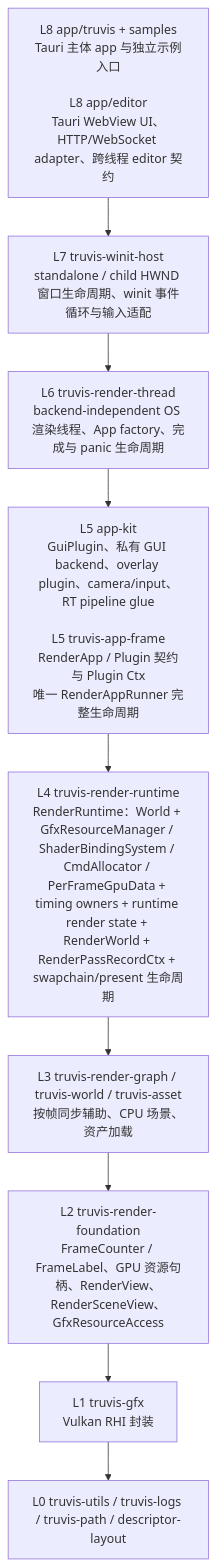
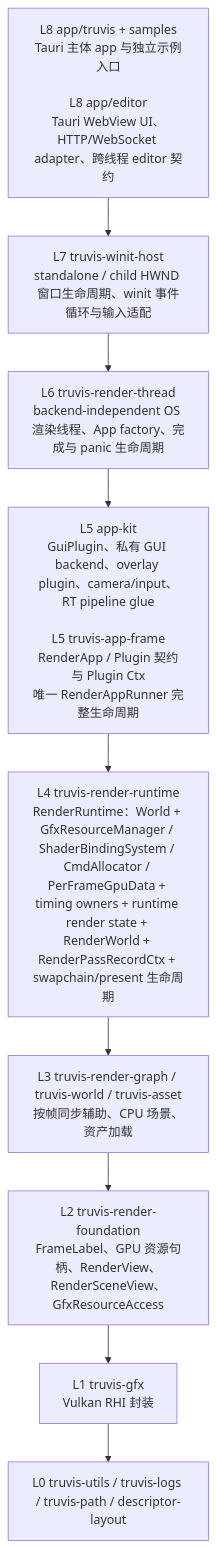
The first of 3 diagrams in docs/summaries/layering-and-dependency-boundaries.md (acccoco/TruvisRenderer), drawn with Mermaid before and after one commit. The commit also changed 46 other files, not shown here.

````diff
--- a/docs/summaries/layering-and-dependency-boundaries.md
+++ b/docs/summaries/layering-and-dependency-boundaries.md
@@ -9,13 +9,13 @@
 ```mermaid
 flowchart TB
     L8["L8 app/truvis + samples<br/>Tauri 主体 app 与独立示例入口<br/><br/>L8 app/editor<br/>Tauri WebView UI、HTTP/WebSocket adapter、跨线程 editor 契约"]
     L7["L7 truvis-winit-host<br/>standalone / child HWND 窗口生命周期、winit 事件循环与输入适配"]
     L6["L6 truvis-render-thread<br/>backend-independent OS 渲染线程、App factory、完成与 panic 生命周期"]
     L5["L5 app-kit<br/>GuiPlugin、私有 GUI backend、overlay plugin、camera/input、RT pipeline glue<br/><br/>L5 truvis-app-frame<br/>RenderApp / Plugin 契约与 Plugin Ctx<br/>唯一 RenderAppRunner 完整生命周期"]
     L4["L4 truvis-render-runtime<br/>RenderRuntime：World + GfxResourceManager / ShaderBindingSystem / CmdAllocator / PerFrameGpuData + timing owners + runtime render state + RenderWorld + RenderPassRecordCtx + swapchain/present 生命周期"]
     L3["L3 truvis-render-graph / truvis-world / truvis-asset<br/>按帧同步辅助、CPU 场景、资产加载"]
-    L2["L2 truvis-render-foundation<br/>FrameCounter / FrameLabel、GPU 资源句柄、RenderView、RenderSceneView、GfxResourceAccess"]
+    L2["L2 truvis-render-foundation<br/>FrameLabel、GPU 资源句柄、RenderView、RenderSceneView、GfxResourceAccess"]
     L1["L1 truvis-gfx<br/>Vulkan RHI 封装"]
     L0["L0 truvis-utils / truvis-logs / truvis-path / descriptor-layout"]
     L8 --> L7 --> L6 --> L5 --> L4 --> L3 --> L2 --> L1 --> L0
 ```
````
